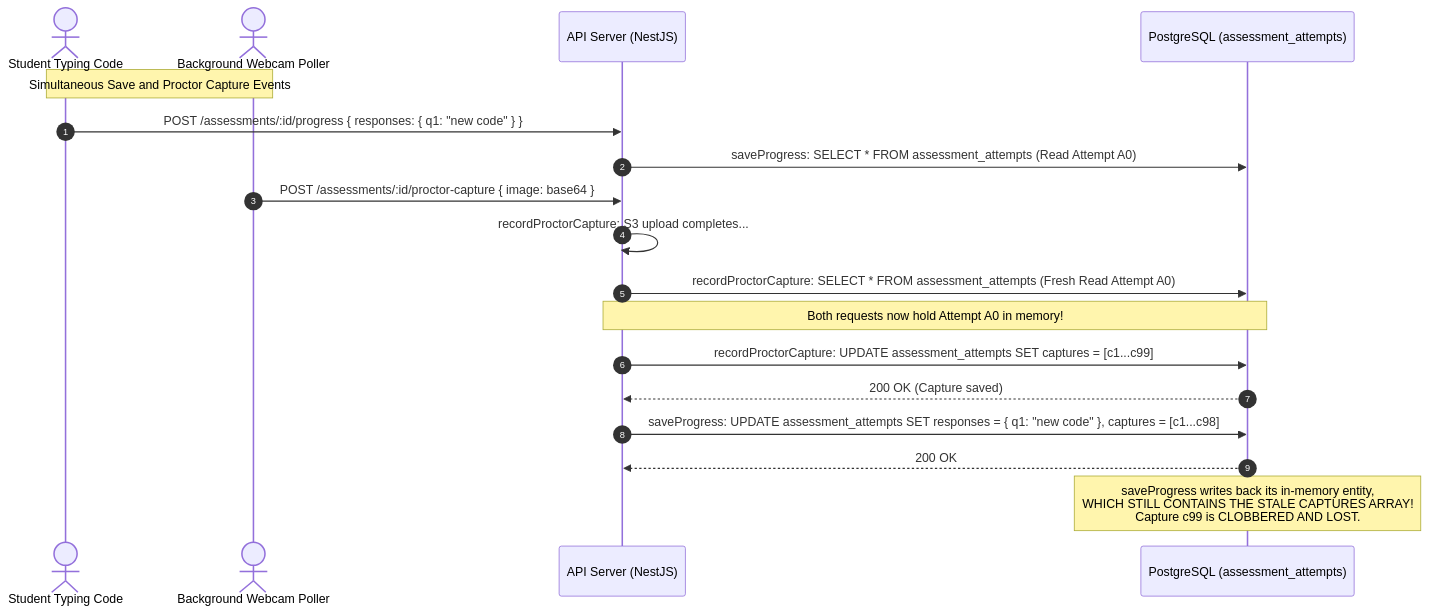
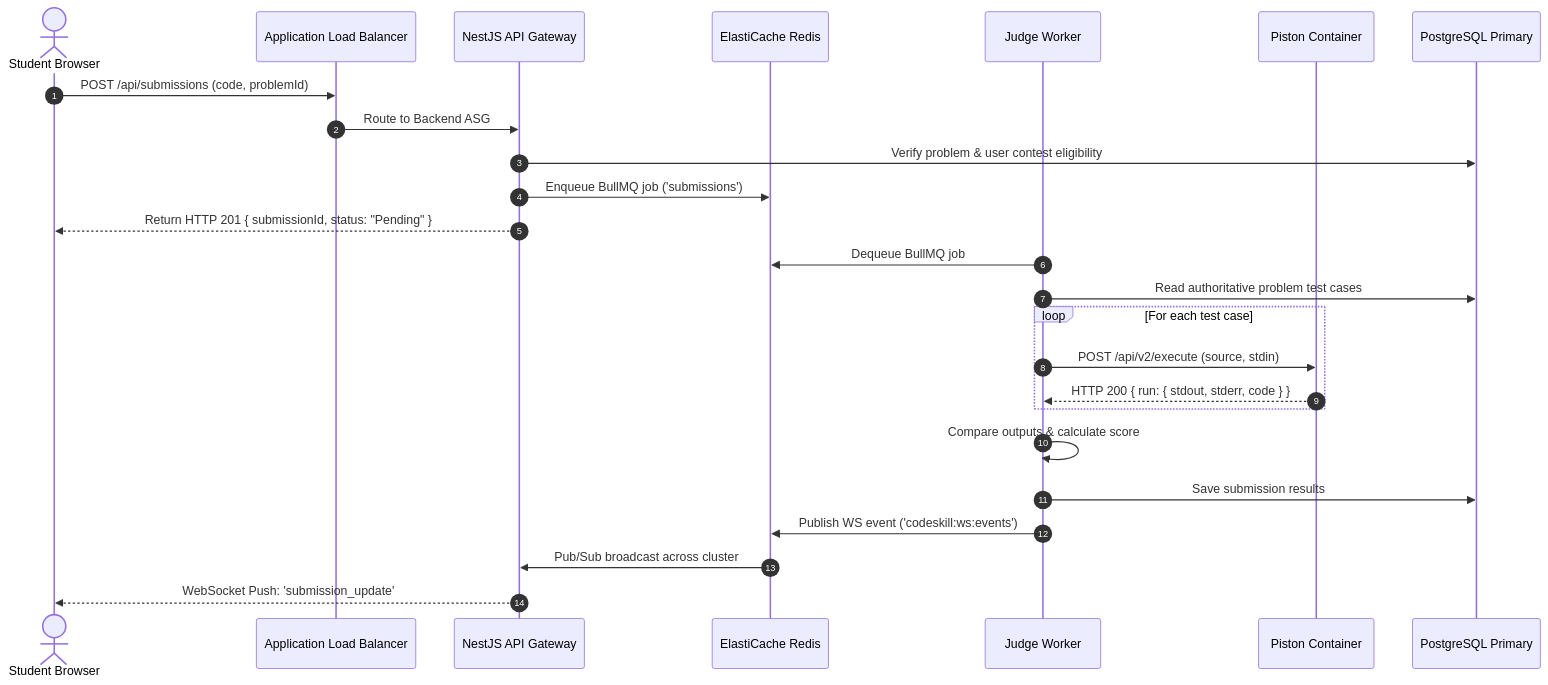
One commit to Abhinavvlog/codeskill changed the second of 2 diagrams in engineering-audit/02_ARCHITECTURE_ANALYSIS.md. Above: the diagram before and after it, drawn with Mermaid. The commit also changed other lines of this file and 13 other files, not shown here.

````diff
--- a/engineering-audit/02_ARCHITECTURE_ANALYSIS.md
+++ b/engineering-audit/02_ARCHITECTURE_ANALYSIS.md
@@ -113,24 +81,29 @@
 ```mermaid
 sequenceDiagram
     autonumber
-    actor Candidate as Student Typing Code
-    actor Proctor as Background Webcam Poller
-    participant API as API Server (NestJS)
-    participant DB as PostgreSQL (assessment_attempts)
+    actor Student as Student Browser
+    participant ALB as Application Load Balancer
+    participant API as NestJS API Gateway
+    participant Redis as ElastiCache Redis
+    participant Worker as Judge Worker
+    participant Piston as Piston Container
+    participant DB as PostgreSQL Primary
 
-    Note over Candidate, Proctor: Simultaneous Save and Proctor Capture Events
-    Candidate->>API: POST /assessments/:id/progress { responses: { q1: "new code" } }
-    API->>DB: saveProgress: SELECT * FROM assessment_attempts (Read Attempt A0)
-
-    Proctor->>API: POST /assessments/:id/proctor-capture { image: base64 }
-    API->>API: recordProctorCapture: S3 upload completes...
-    API->>DB: recordProctorCapture: SELECT * FROM assessment_attempts (Fresh Read Attempt A0)
+    Student->>ALB: POST /api/submissions (code, problemId)
+    ALB->>API: Route to Backend ASG
+    API->>DB: Verify problem & user contest eligibility
+    API->>Redis: Enqueue BullMQ job ('submissions')
+    API-->>Student: Return HTTP 201 { submissionId, status: "Pending" }
     
-    Note over API, DB: Both requests now hold Attempt A0 in memory!
-    API->>DB: recordProctorCapture: UPDATE assessment_attempts SET captures = [c1...c99]
-    DB-->>API: 200 OK (Capture saved)
-
-    API->>DB: saveProgress: UPDATE assessment_attempts SET responses = { q1: "new code" }, captures = [c1...c98]
-    DB-->>API: 200 OK
-    Note over DB: saveProgress writes back its in-memory entity,<br/>WHICH STILL CONTAINS THE STALE CAPTURES ARRAY!<br/>Capture c99 is CLOBBERED AND LOST.
+    Worker->>Redis: Dequeue BullMQ job
+    Worker->>DB: Read authoritative problem test cases
+    loop For each test case
+        Worker->>Piston: POST /api/v2/execute (source, stdin)
+        Piston-->>Worker: HTTP 200 { run: { stdout, stderr, code } }
+    end
+    Worker->>Worker: Compare outputs & calculate score
+    Worker->>DB: Save submission results
+    Worker->>Redis: Publish WS event ('codeskill:ws:events')
+    Redis->>API: Pub/Sub broadcast across cluster
+    API-->>Student: WebSocket Push: 'submission_update'
 ```
````
